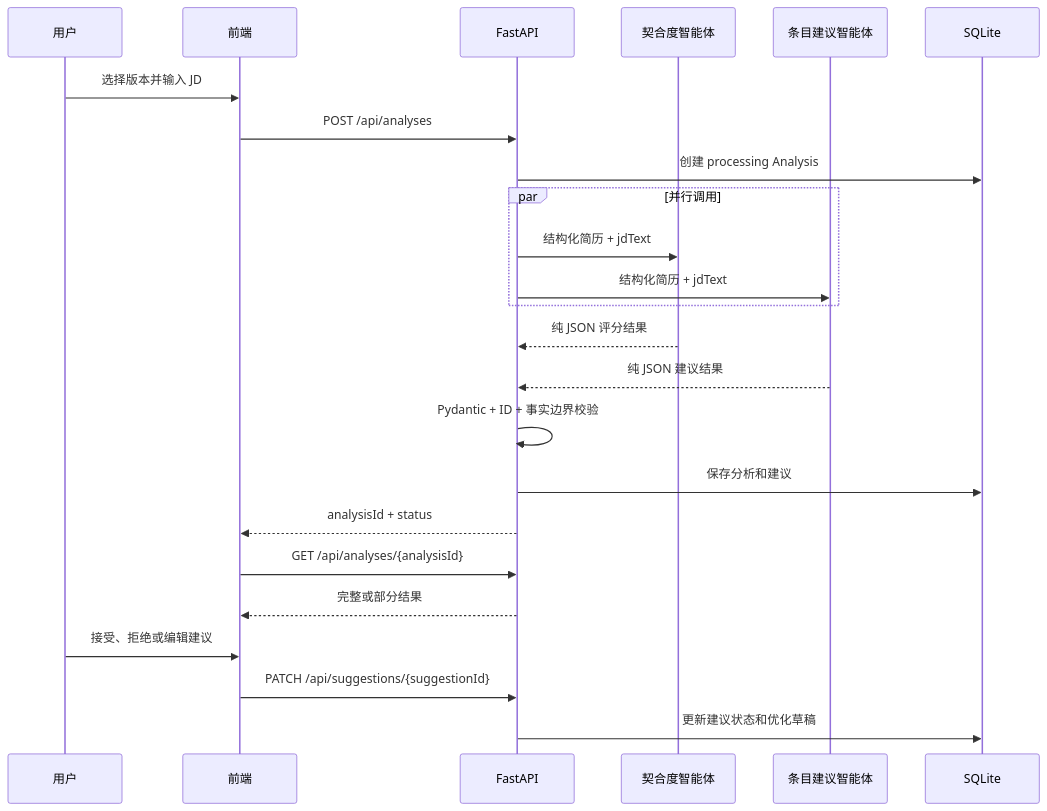
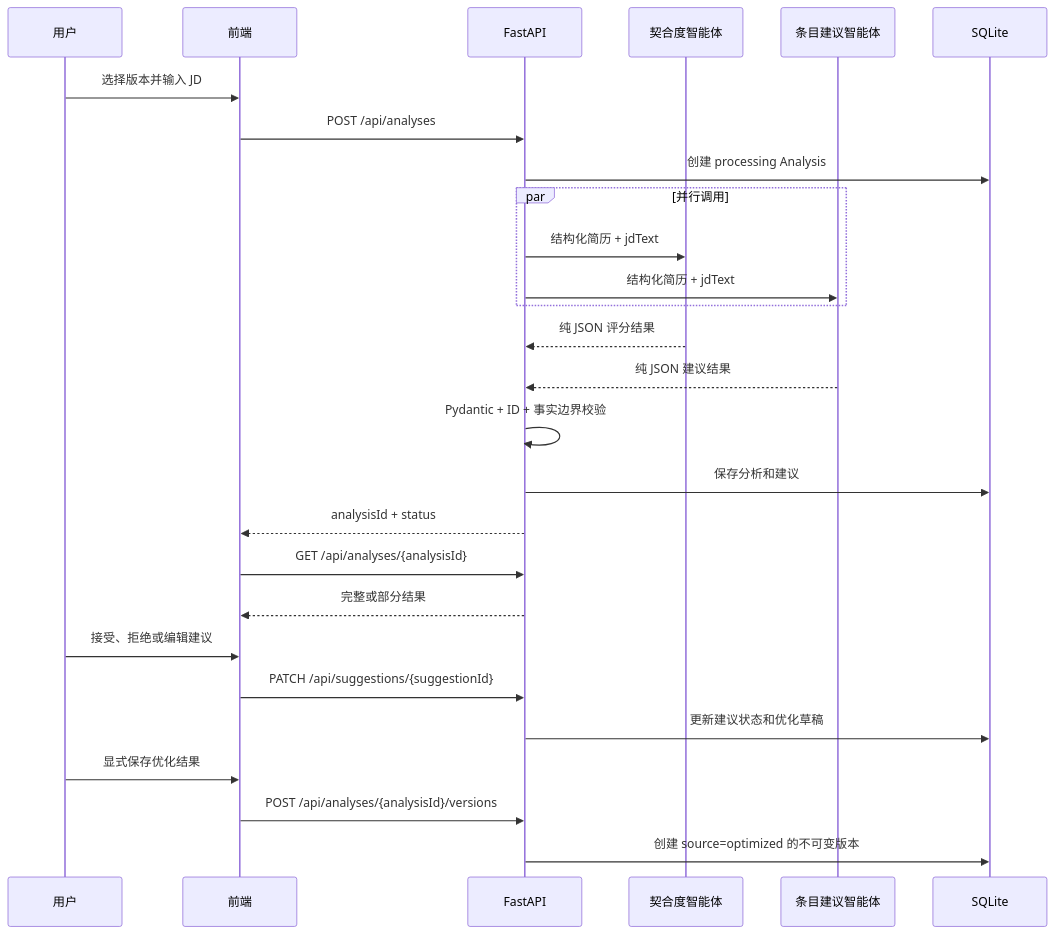
One commit to yunzhong200553/resume-match changed the second of 2 diagrams in docs/JD分析接口/接入概述.md. Above: the diagram before and after it, drawn with Mermaid. The commit also changed other lines of this file and 73 other files, not shown here.

````diff
--- a/docs/JD分析接口/接入概述.md
+++ b/docs/JD分析接口/接入概述.md
@@ -54,27 +62,30 @@
 ```mermaid
 sequenceDiagram
     participant U as 用户
     participant F as 前端
     participant API as FastAPI
     participant S as 契合度智能体
     participant T as 条目建议智能体
     participant DB as SQLite
 
     U->>F: 选择版本并输入 JD
     F->>API: POST /api/analyses
     API->>DB: 创建 processing Analysis
     par 并行调用
         API->>S: 结构化简历 + jdText
         API->>T: 结构化简历 + jdText
     end
     S-->>API: 纯 JSON 评分结果
     T-->>API: 纯 JSON 建议结果
     API->>API: Pydantic + ID + 事实边界校验
     API->>DB: 保存分析和建议
     API-->>F: analysisId + status
     F->>API: GET /api/analyses/{analysisId}
     API-->>F: 完整或部分结果
     U->>F: 接受、拒绝或编辑建议
     F->>API: PATCH /api/suggestions/{suggestionId}
     API->>DB: 更新建议状态和优化草稿
+    U->>F: 显式保存优化结果
+    F->>API: POST /api/analyses/{analysisId}/versions
+    API->>DB: 创建 source=optimized 的不可变版本
 ```
````
